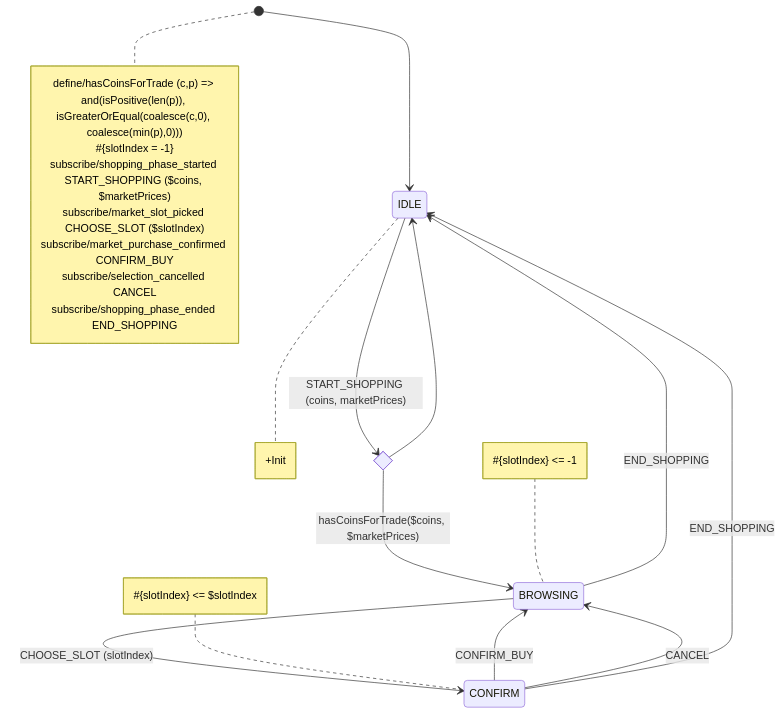
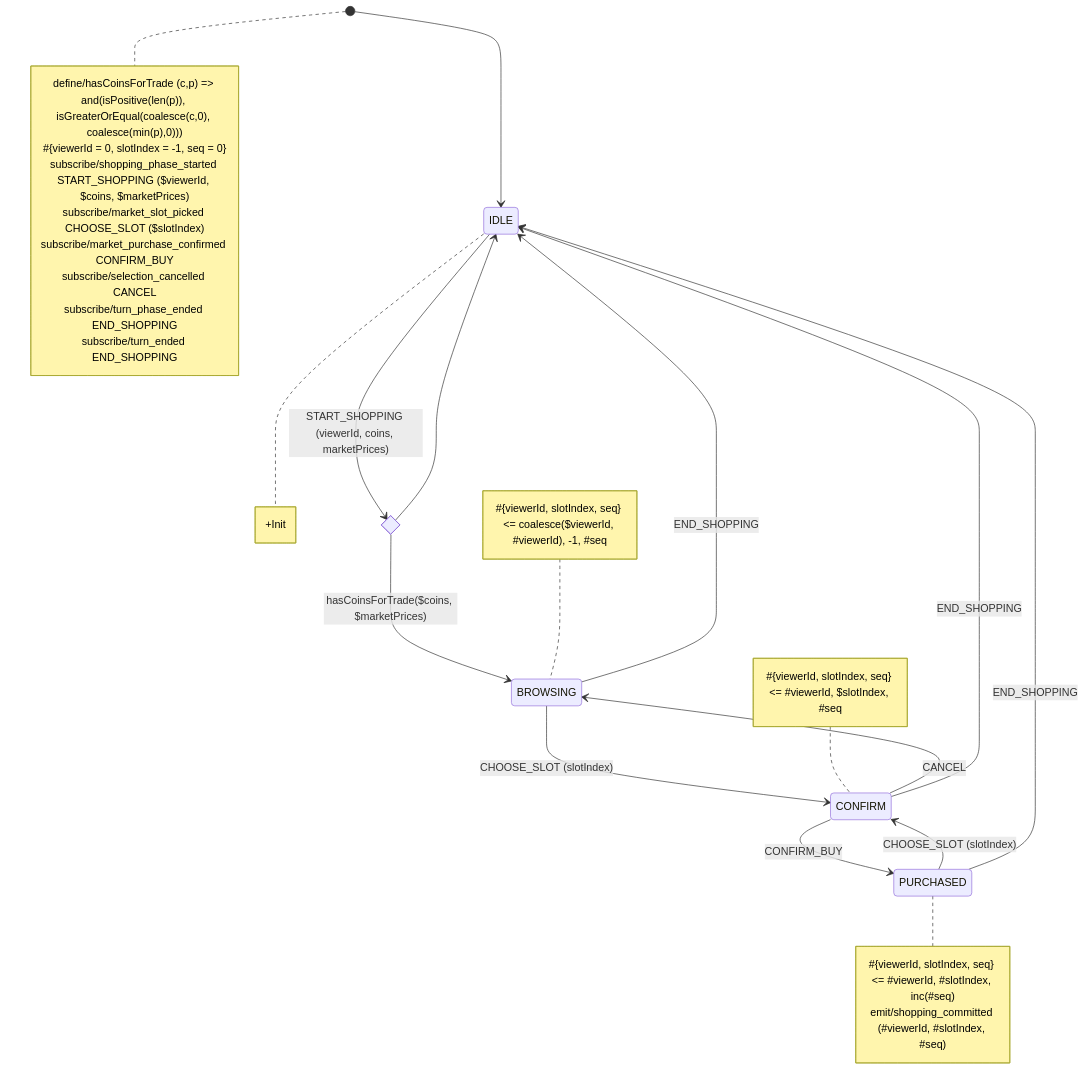
One commit to tfcp68/battle-farm changed the diagram in src/shared/lib/fsm/diagrams/shopping.mermaid. Above: the diagram before and after it, drawn with Mermaid. The commit also changed 7 other files, not shown here.

First line of the commit message:
refactor(fsm): rewrite turn + 7 phase-machine diagrams for the new engine

```diff
--- a/src/shared/lib/fsm/diagrams/shopping.mermaid
+++ b/src/shared/lib/fsm/diagrams/shopping.mermaid
@@ -1,33 +1,41 @@
 stateDiagram-v2
     [*] --> IDLE
     state canAfford <<choice>>
-    IDLE --> canAfford: START_SHOPPING (coins, marketPrices)
+    IDLE --> canAfford: START_SHOPPING (viewerId, coins, marketPrices)
     canAfford --> BROWSING: hasCoinsForTrade($coins, $marketPrices)
     canAfford --> IDLE
     BROWSING --> CONFIRM: CHOOSE_SLOT (slotIndex)
-    CONFIRM --> BROWSING: CONFIRM_BUY
+    CONFIRM --> PURCHASED: CONFIRM_BUY
     CONFIRM --> BROWSING: CANCEL
+    PURCHASED --> CONFIRM: CHOOSE_SLOT (slotIndex)
     BROWSING --> IDLE: END_SHOPPING
     CONFIRM --> IDLE: END_SHOPPING
+    PURCHASED --> IDLE: END_SHOPPING
 
 note right of IDLE
 +Init
 end note
 
 note right of [*]
 define/hasCoinsForTrade (c,p) => and(isPositive(len(p)), isGreaterOrEqual(coalesce(c,0), coalesce(min(p),0)))
-#{slotIndex = -1}
-subscribe/shopping_phase_started START_SHOPPING ($coins, $marketPrices)
+#{viewerId = 0, slotIndex = -1, seq = 0}
+subscribe/shopping_phase_started START_SHOPPING ($viewerId, $coins, $marketPrices)
 subscribe/market_slot_picked CHOOSE_SLOT ($slotIndex)
 subscribe/market_purchase_confirmed CONFIRM_BUY
 subscribe/selection_cancelled CANCEL
-subscribe/shopping_phase_ended END_SHOPPING
+subscribe/turn_phase_ended END_SHOPPING
+subscribe/turn_ended END_SHOPPING
 end note
 
 note left of BROWSING
-#{slotIndex} <= -1
+#{viewerId, slotIndex, seq} <= coalesce($viewerId, #viewerId), -1, #seq
 end note
 
 note left of CONFIRM
-#{slotIndex} <= $slotIndex
+#{viewerId, slotIndex, seq} <= #viewerId, $slotIndex, #seq
 end note
+
+note right of PURCHASED
+#{viewerId, slotIndex, seq} <= #viewerId, #slotIndex, inc(#seq)
+emit/shopping_committed (#viewerId, #slotIndex, #seq)
+end note
```
